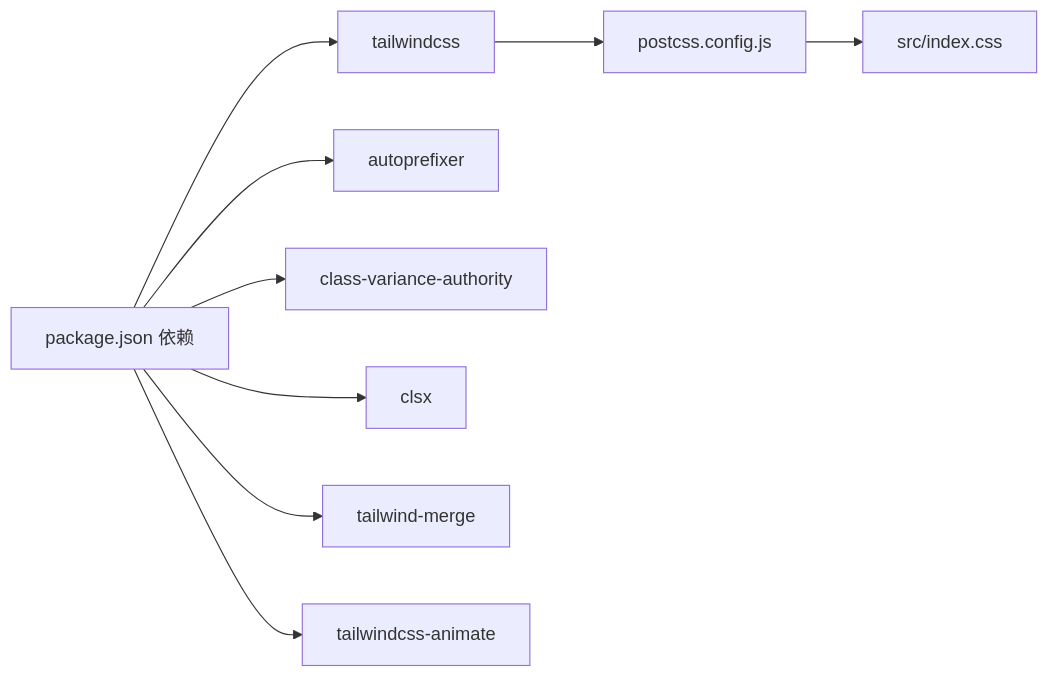
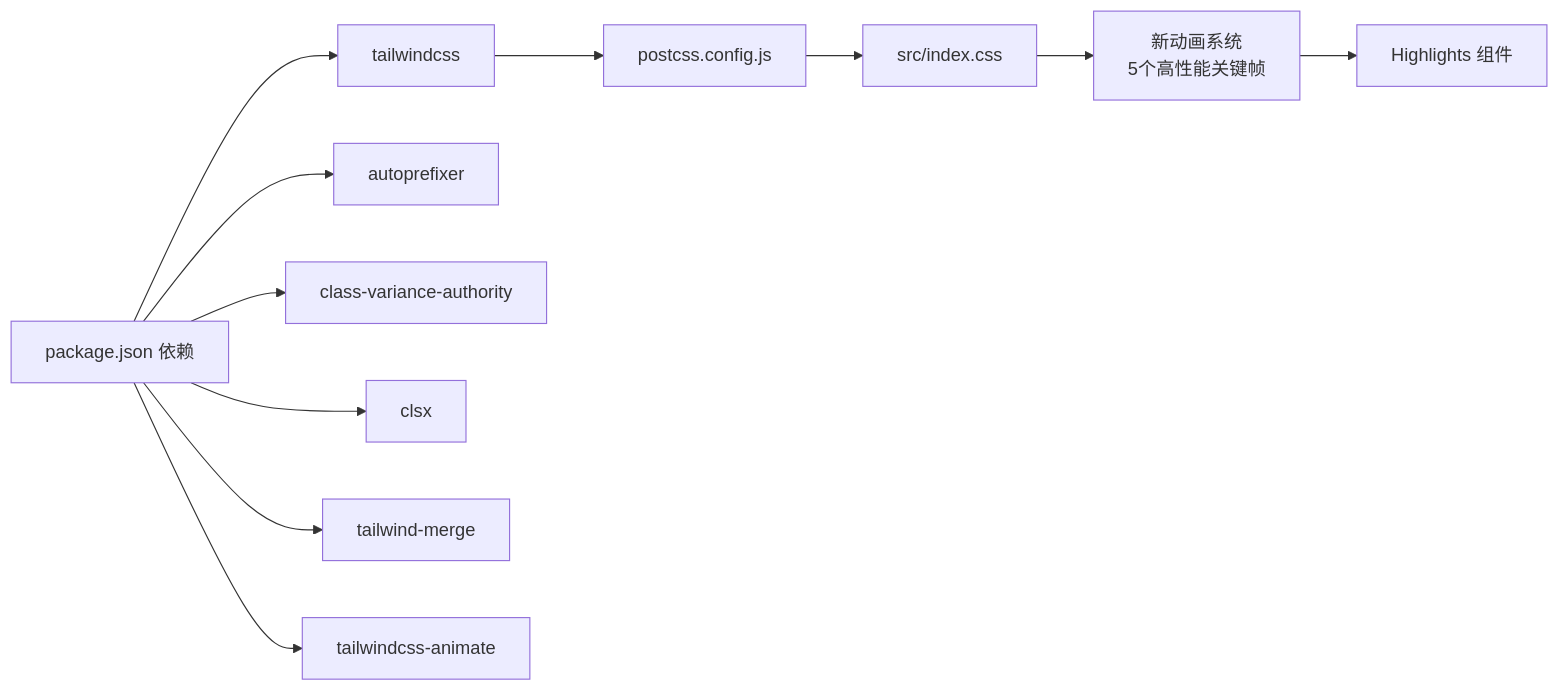
Before and after one commit to Primoguo/naolizhi.cn: the fourth of 4 diagrams in .qoder/repowiki/zh/content/样式系统.md, drawn with Mermaid. The commit also changed other lines of this file and 19 other files, not shown here.

````diff
--- a/.qoder/repowiki/zh/content/样式系统.md
+++ b/.qoder/repowiki/zh/content/样式系统.md
@@ -285,11 +364,13 @@
 ```mermaid
 graph LR
 Pkg["package.json 依赖"] --> TW["tailwindcss"]
 Pkg --> AP["autoprefixer"]
 Pkg --> CV["class-variance-authority"]
 Pkg --> CLS["clsx"]
 Pkg --> TM["tailwind-merge"]
 Pkg --> TA["tailwindcss-animate"]
 TW --> PC["postcss.config.js"]
 PC --> IN["src/index.css"]
+IN --> AN["新动画系统<br/>5个高性能关键帧"]
+AN --> HL["Highlights 组件"]
 ```
````
